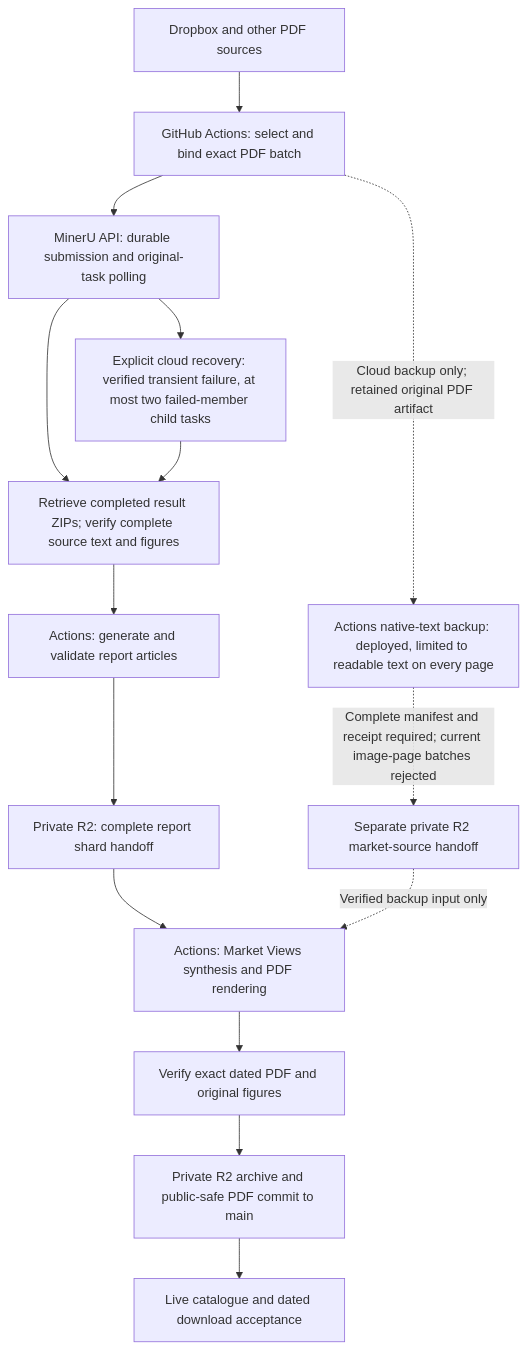
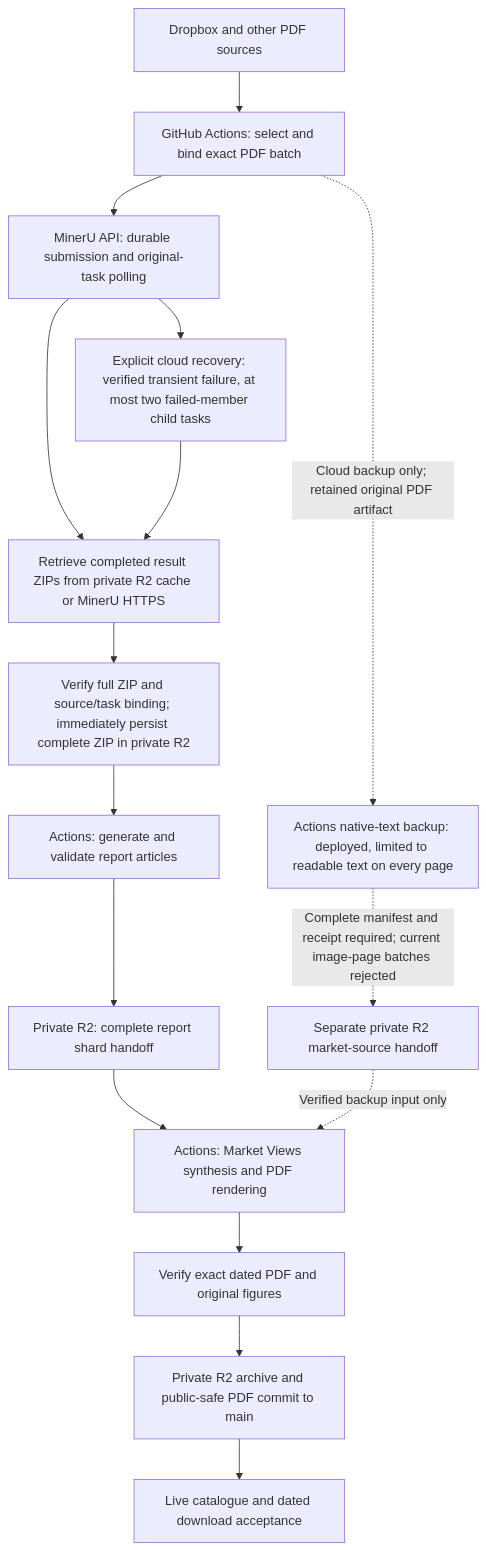
The diagram in docs/pipeline-overview-v2.md (yt-feng/rpt_edit), drawn with Mermaid before and after one commit. The commit also changed other lines of this file and 17 other files, not shown here.

Commit message:
Preserve complete MinerU results in private R2 and inspect cloud recovery paths

````diff
--- a/docs/pipeline-overview-v2.md
+++ b/docs/pipeline-overview-v2.md
@@ -21,17 +21,18 @@
 ```mermaid
 flowchart TD
   A["Dropbox and other PDF sources"] --> B["GitHub Actions: select and bind exact PDF batch"]
   B --> C["MinerU API: durable submission and original-task polling"]
-  C --> D["Retrieve completed result ZIPs; verify complete source text and figures"]
+  C --> D["Retrieve completed result ZIPs from private R2 cache or MinerU HTTPS"]
   C --> M["Explicit cloud recovery: verified transient failure, at most two failed-member child tasks"]
   M --> D
-  D --> E["Actions: generate and validate report articles"]
+  D --> N["Verify full ZIP and source/task binding; immediately persist complete ZIP in private R2"]
+  N --> E["Actions: generate and validate report articles"]
   E --> F["Private R2: complete report shard handoff"]
   F --> G["Actions: Market Views synthesis and PDF rendering"]
   G --> H["Verify exact dated PDF and original figures"]
   H --> I["Private R2 archive and public-safe PDF commit to main"]
   I --> J["Live catalogue and dated download acceptance"]
   B -. "Cloud backup only; retained original PDF artifact" .-> K["Actions native-text backup: deployed, limited to readable text on every page"]
   K -. "Complete manifest and receipt required; current image-page batches rejected" .-> L["Separate private R2 market-source handoff"]
   L -. "Verified backup input only" .-> G
 ```
````
